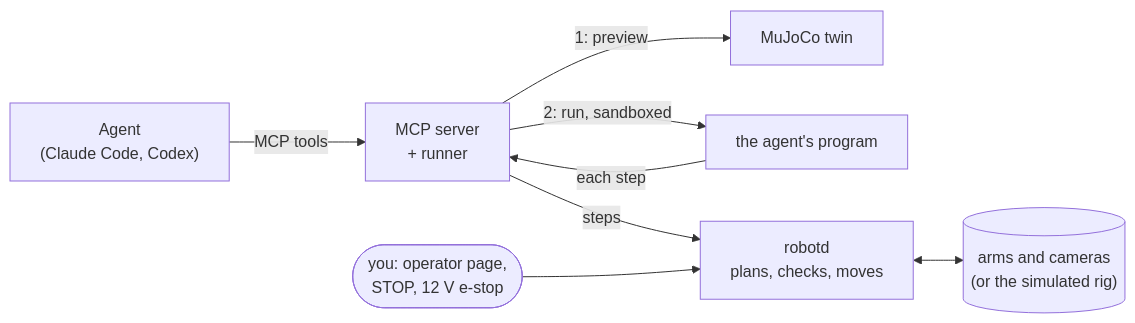
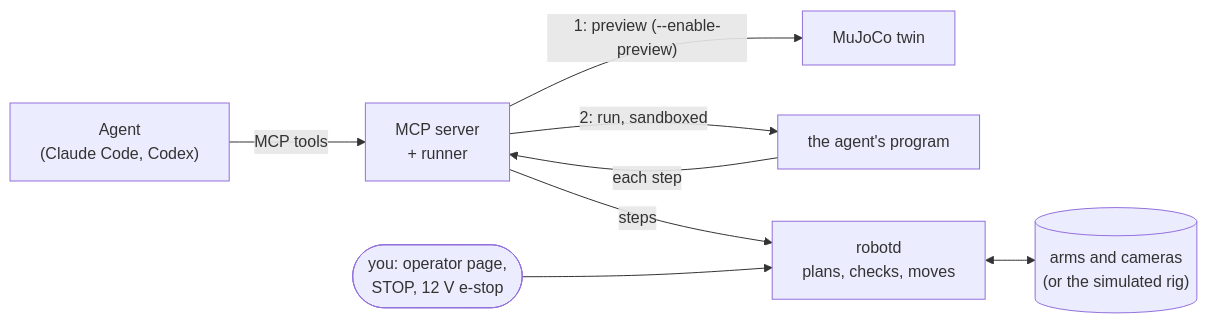
One commit to tensortron/robot-use changed the diagram in README.md. Above: the diagram before and after it, drawn with Mermaid. The commit also changed other lines of this file and 10 other files, not shown here.

First line of the commit message:
The twin preview is off by default; --enable-preview turns it on

````diff
--- a/README.md
+++ b/README.md
@@ -47,10 +49,10 @@
 ```mermaid
 flowchart LR
     agent["Agent<br/>(Claude Code, Codex)"] -- "MCP tools" --> mcp["MCP server<br/>+ runner"]
-    mcp -- "1: preview" --> twin["MuJoCo twin"]
+    mcp -- "1: preview (--enable-preview)" --> twin["MuJoCo twin"]
     mcp -- "2: run, sandboxed" --> prog["the agent's program"]
     prog -- "each step" --> mcp
     mcp -- "steps" --> robotd["robotd<br/>plans, checks, moves"]
     robotd <--> arms[("arms and cameras<br/>(or the simulated rig)")]
     you(["you: operator page,<br/>STOP, 12 V e-stop"]) --> robotd
 ```
````
